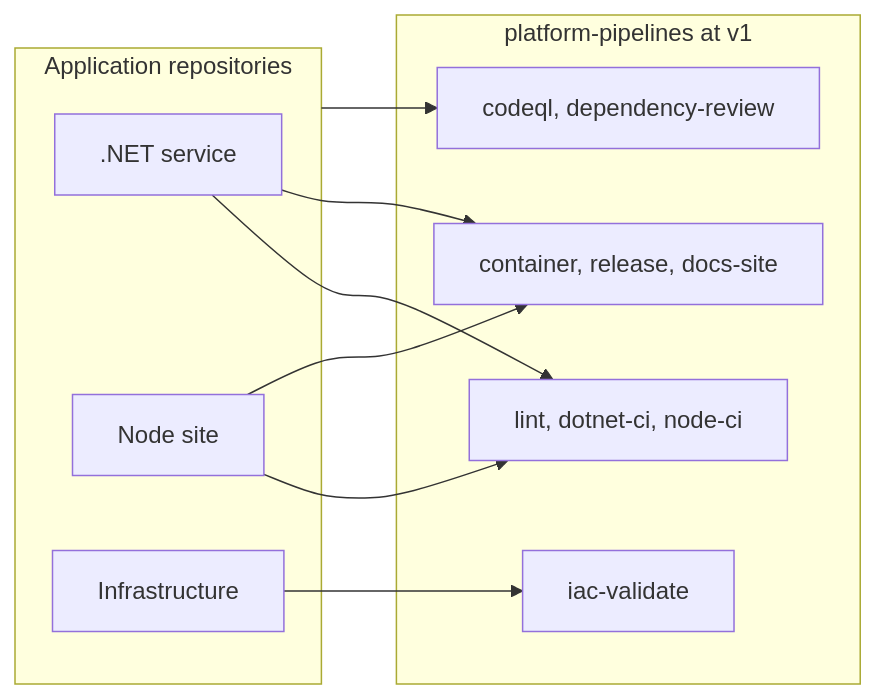
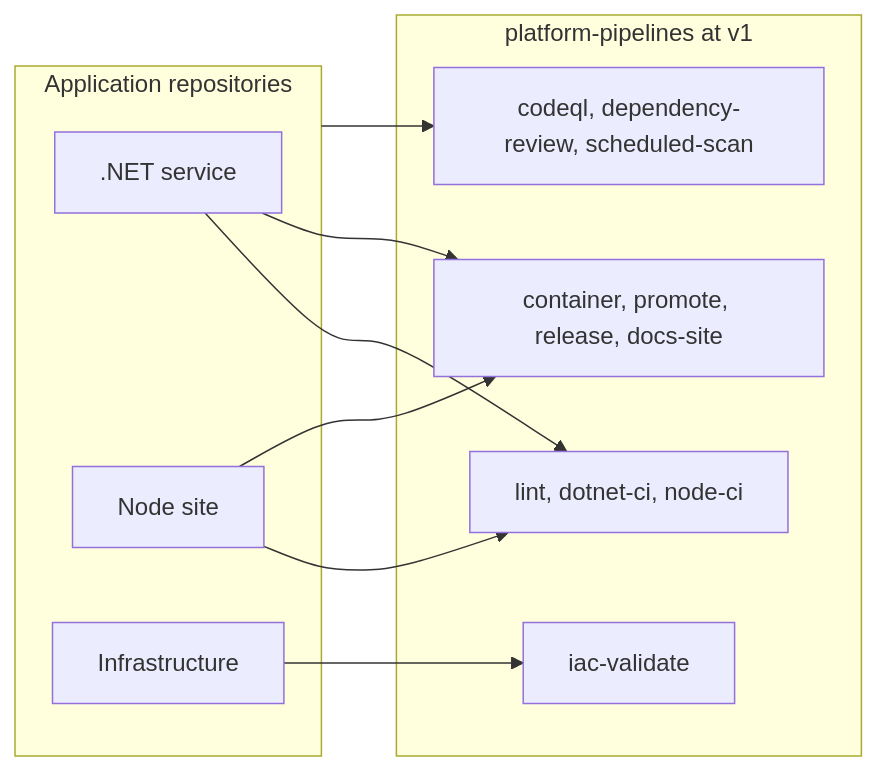
One commit to Megjafari/platform-pipelines changed the first of 3 diagrams in docs/architecture.md. Above: the diagram before and after it, drawn with Mermaid. The commit also changed other lines of this file and 1 other file, not shown here.

Commit message:
docs: document container promote and scheduled scan

````diff
--- a/docs/architecture.md
+++ b/docs/architecture.md
@@ -9,22 +9,22 @@
 ```mermaid
 flowchart LR
     subgraph consumers [Application repositories]
         app1[.NET service]
         app2[Node site]
         app3[Infrastructure]
     end
 
     subgraph library [platform-pipelines at v1]
         quality[lint, dotnet-ci, node-ci]
-        security[codeql, dependency-review]
+        security[codeql, dependency-review, scheduled-scan]
         iac[iac-validate]
-        delivery[container, release, docs-site]
+        delivery[container, promote, release, docs-site]
     end
 
     app1 --> quality
     app1 --> delivery
     app2 --> quality
     app2 --> delivery
     app3 --> iac
     consumers --> security
 ```
````
